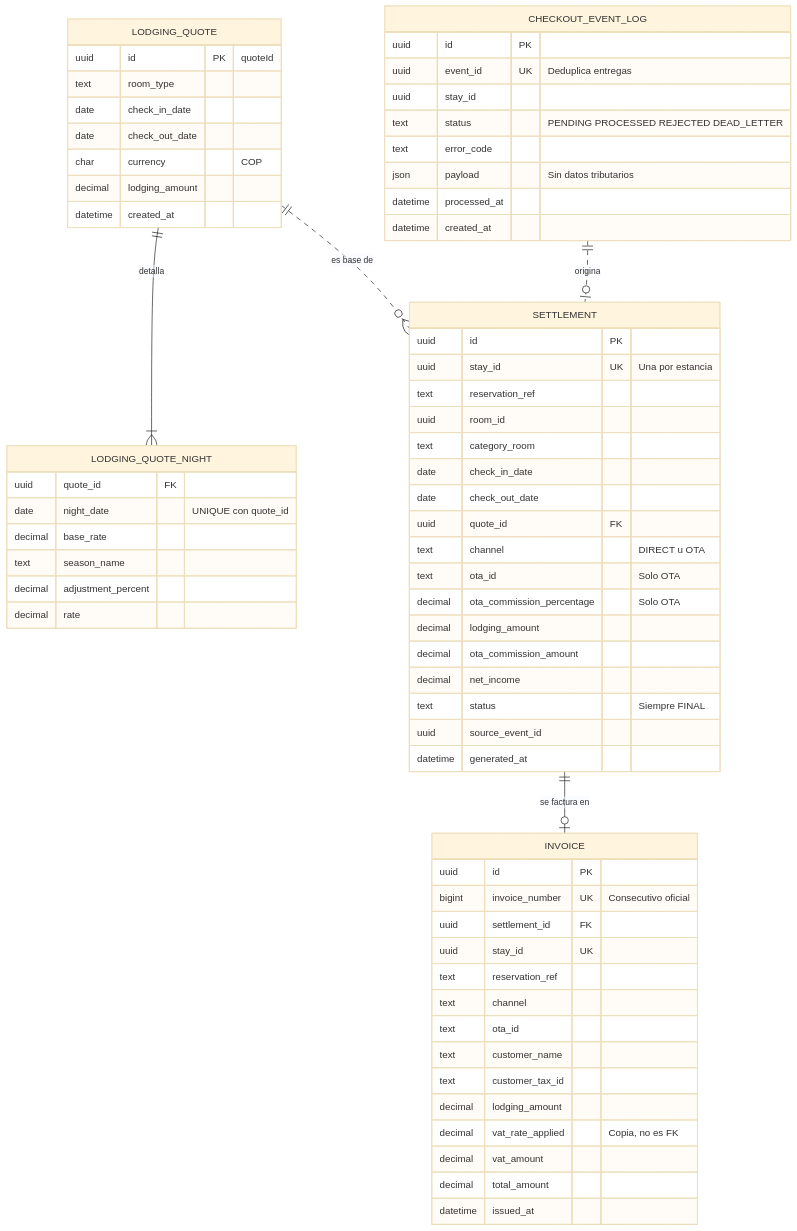
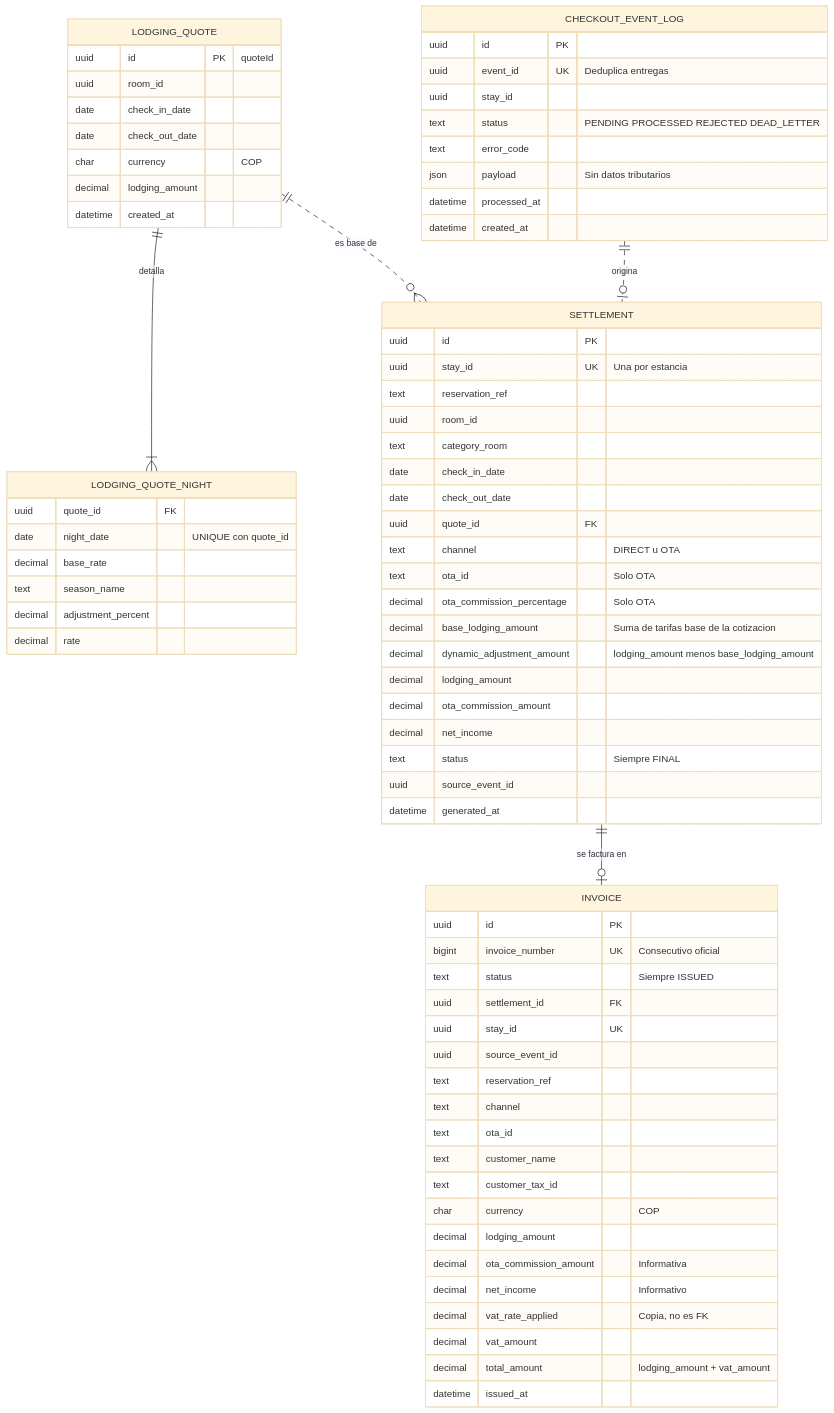
The second of 4 diagrams in docs/plan-tecnico-base.md (Proyect-Hospitua-Module-3/Hospitua-Module-3), drawn with Mermaid (base theme) before and after one commit. The commit also changed other lines of this file, not shown here.

Commit message:
Cambios al plan base

````diff
--- a/docs/plan-tecnico-base.md
+++ b/docs/plan-tecnico-base.md
@@ -512,70 +538,77 @@
 ```mermaid
 erDiagram
     LODGING_QUOTE ||--|{ LODGING_QUOTE_NIGHT : "detalla"
     LODGING_QUOTE ||..o{ SETTLEMENT : "es base de"
     CHECKOUT_EVENT_LOG ||..o| SETTLEMENT : "origina"
     SETTLEMENT ||--o| INVOICE : "se factura en"
 
     LODGING_QUOTE {
         uuid id PK "quoteId"
-        text room_type
+        uuid room_id
         date check_in_date
         date check_out_date
         char currency "COP"
         decimal lodging_amount
         datetime created_at
     }
     LODGING_QUOTE_NIGHT {
         uuid quote_id FK
         date night_date "UNIQUE con quote_id"
         decimal base_rate
         text season_name
         decimal adjustment_percent
         decimal rate
     }
     CHECKOUT_EVENT_LOG {
         uuid id PK
         uuid event_id UK "Deduplica entregas"
         uuid stay_id
         text status "PENDING PROCESSED REJECTED DEAD_LETTER"
         text error_code
         json payload "Sin datos tributarios"
         datetime processed_at
         datetime created_at
     }
     SETTLEMENT {
         uuid id PK
         uuid stay_id UK "Una por estancia"
         text reservation_ref
         uuid room_id
         text category_room
         date check_in_date
         date check_out_date
         uuid quote_id FK
         text channel "DIRECT u OTA"
         text ota_id "Solo OTA"
         decimal ota_commission_percentage "Solo OTA"
+        decimal base_lodging_amount "Suma de tarifas base de la cotizacion"
+        decimal dynamic_adjustment_amount "lodging_amount menos base_lodging_amount"
         decimal lodging_amount
         decimal ota_commission_amount
         decimal net_income
         text status "Siempre FINAL"
         uuid source_event_id
         datetime generated_at
     }
     INVOICE {
         uuid id PK
         bigint invoice_number UK "Consecutivo oficial"
+        text status "Siempre ISSUED"
         uuid settlement_id FK
         uuid stay_id UK
+        uuid source_event_id
         text reservation_ref
         text channel
         text ota_id
         text customer_name
         text customer_tax_id
+        char currency "COP"
         decimal lodging_amount
+        decimal ota_commission_amount "Informativa"
+        decimal net_income "Informativo"
         decimal vat_rate_applied "Copia, no es FK"
         decimal vat_amount
-        decimal total_amount
+        decimal total_amount "lodging_amount + vat_amount"
         datetime issued_at
     }
 ```
````
